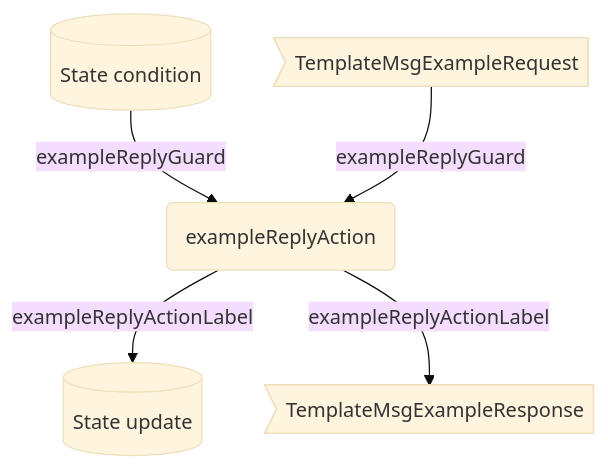
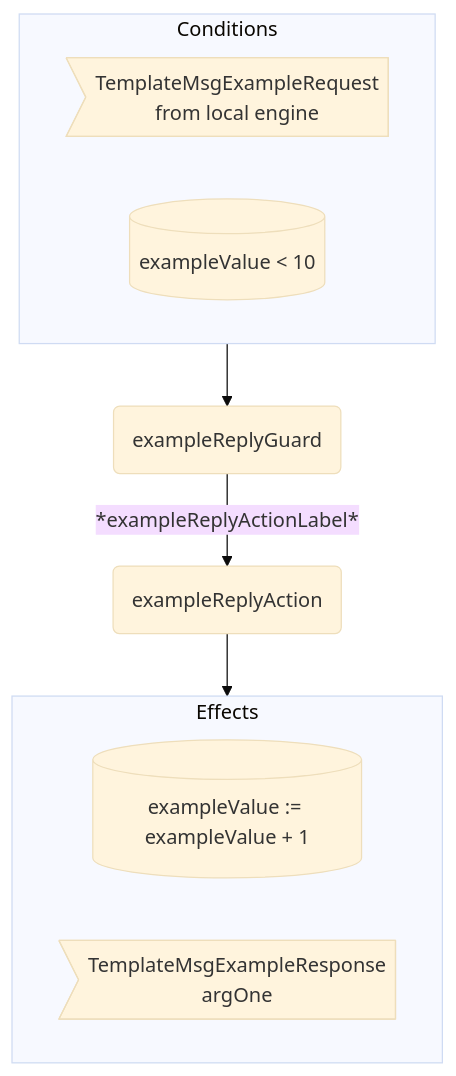
One commit to anoma/nspec changed the second of 2 diagrams in docs/arch/node/engines/template_behaviour.juvix.md. Above: the diagram before and after it, drawn with Mermaid (base theme). The commit also changed other lines of this file and 9 other files, not shown here.

First line of the commit message:
Template fixes: diagrams, nav (#262)

````diff
--- a/docs/arch/node/engines/template_behaviour.juvix.md
+++ b/docs/arch/node/engines/template_behaviour.juvix.md
@@ -474,10 +482,17 @@
 ```mermaid
 flowchart TD
-  CM>TemplateMsgExampleRequest]
-  CS[(State condition)]
+  subgraph C[Conditions]
+    CMsg>TemplateMsgExampleRequest<br/>from local engine]
+    CEnv[(exampleValue < 10)]
+  end
+
+  G(exampleReplyGuard)
   A(exampleReplyAction)
-  ES[(State update)]
-  EM>TemplateMsgExampleResponse]
 
-  CS & CM --exampleReplyGuard--> A --exampleReplyActionLabel--> ES & EM
+  C --> G -- *exampleReplyActionLabel* --> A --> E
+
+  subgraph E[Effects]
+    EEnv[(exampleValue := exampleValue + 1)]
+    EMsg>TemplateMsgExampleResponse<br/>argOne]
+  end
 ```
````
